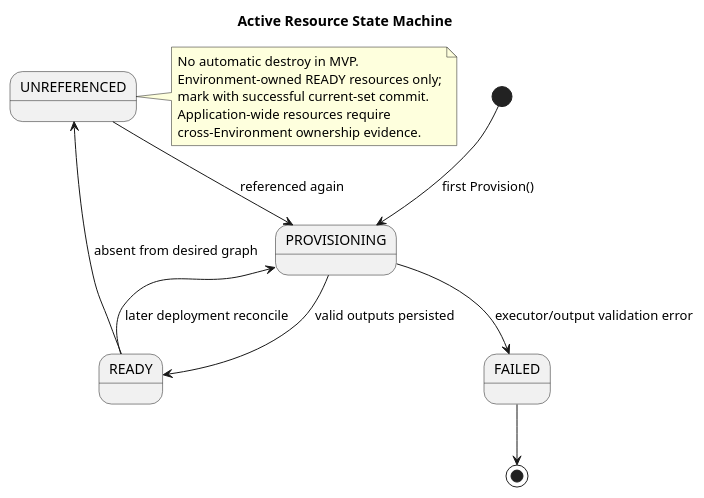
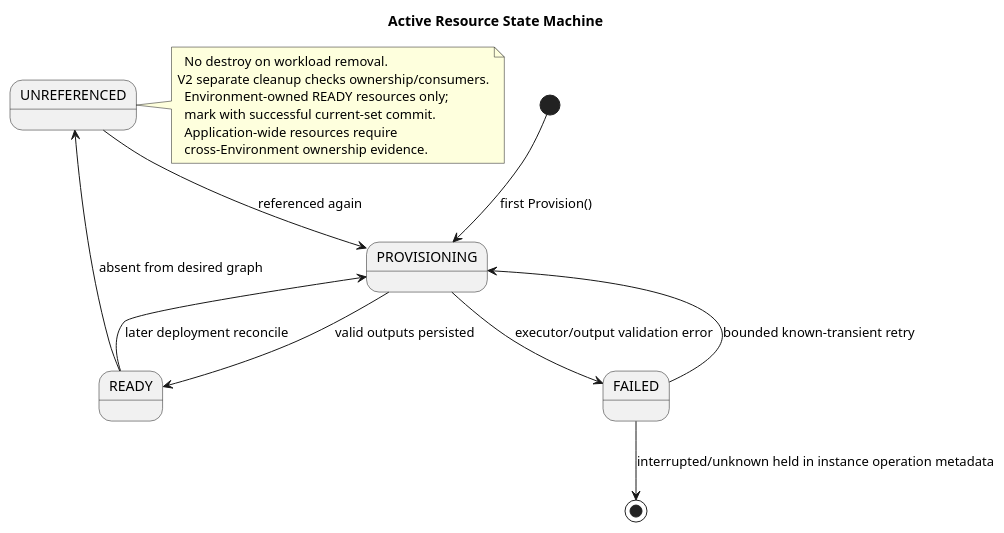
Before and after one commit to pr3s3nt/poc: the diagram in orchestrator_docs/architecture/state-machines/active-resource.puml, drawn with PlantUML. The commit also changed 115 other files, not shown here.

```diff
--- a/orchestrator_docs/architecture/state-machines/active-resource.puml
+++ b/orchestrator_docs/architecture/state-machines/active-resource.puml
@@ -1,17 +1,19 @@
 @startuml
 title Active Resource State Machine
 [*] --> PROVISIONING : first Provision()
 PROVISIONING --> READY : valid outputs persisted
 READY --> PROVISIONING : later deployment reconcile
 READY --> UNREFERENCED : absent from desired graph
 UNREFERENCED --> PROVISIONING : referenced again
 PROVISIONING --> FAILED : executor/output validation error
-FAILED --> [*]
+FAILED --> PROVISIONING : bounded known-transient retry
+FAILED --> [*] : interrupted/unknown held in instance operation metadata
 note right of UNREFERENCED
-  No automatic destroy in MVP.
+  No destroy on workload removal.
+V2 separate cleanup checks ownership/consumers.
   Environment-owned READY resources only;
   mark with successful current-set commit.
   Application-wide resources require
   cross-Environment ownership evidence.
 end note
 @enduml
```
